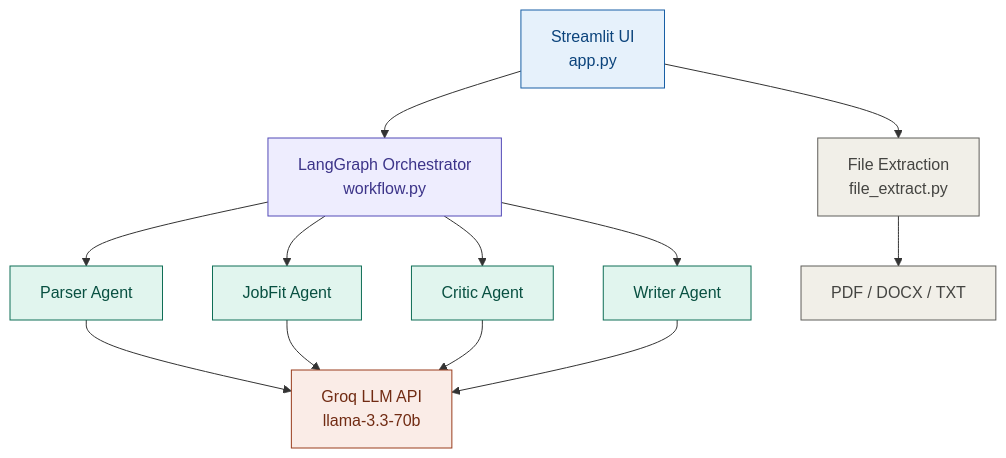
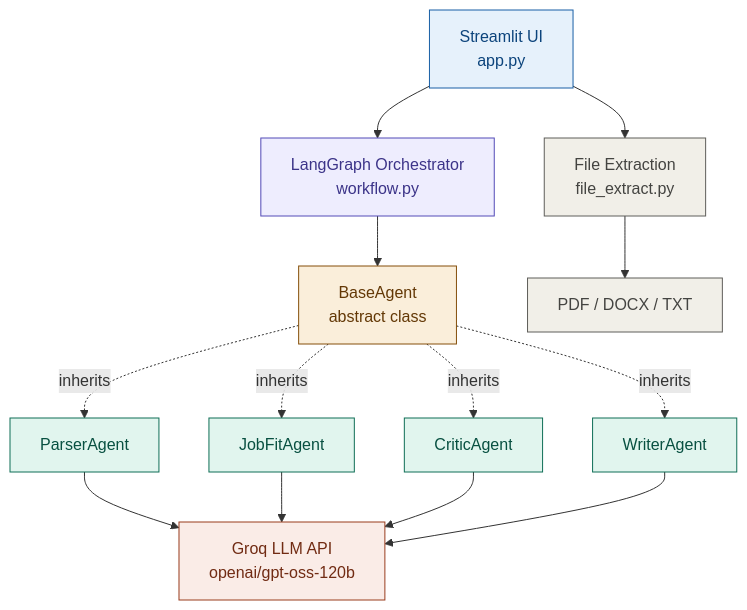
One commit to Muhammad-Ahmed-Rayyan/CareerCritic changed the diagram in docs/architecture-diagram.md. Above: the diagram before and after it, drawn with Mermaid. The commit also changed 1 other file, not shown here.

Commit message:
docs: update architecture diagram to reflect BaseAgent inheritance and model migration

````diff
--- a/docs/architecture-diagram.md
+++ b/docs/architecture-diagram.md
@@ -1,20 +1,22 @@
 ```mermaid
 graph TD
     A[Streamlit UI<br/>app.py]:::ui --> B[LangGraph Orchestrator<br/>workflow.py]:::orchestrator
-    B --> C1[Parser Agent]:::agent
-    B --> C2[JobFit Agent]:::agent
-    B --> C3[Critic Agent]:::agent
-    B --> C4[Writer Agent]:::agent
-    C1 --> D[Groq LLM API<br/>llama-3.3-70b]:::llm
+    B --> Base[BaseAgent<br/>abstract class]:::base
+    Base -.inherits.-> C1[ParserAgent]:::agent
+    Base -.inherits.-> C2[JobFitAgent]:::agent
+    Base -.inherits.-> C3[CriticAgent]:::agent
+    Base -.inherits.-> C4[WriterAgent]:::agent
+    C1 --> D[Groq LLM API<br/>openai/gpt-oss-120b]:::llm
     C2 --> D
     C3 --> D
     C4 --> D
     A --> E[File Extraction<br/>file_extract.py]:::util
     E --> F[PDF / DOCX / TXT]:::util
 
     classDef ui fill:#E6F1FB,stroke:#185FA5,stroke-width:1px,color:#0C447C
     classDef orchestrator fill:#EEEDFE,stroke:#534AB7,stroke-width:1px,color:#3C3489
+    classDef base fill:#FAEEDA,stroke:#854F0B,stroke-width:1px,color:#633806
     classDef agent fill:#E1F5EE,stroke:#0F6E56,stroke-width:1px,color:#085041
     classDef llm fill:#FAECE7,stroke:#993C1D,stroke-width:1px,color:#712B13
     classDef util fill:#F1EFE8,stroke:#5F5E5A,stroke-width:1px,color:#444441
 ```
````
